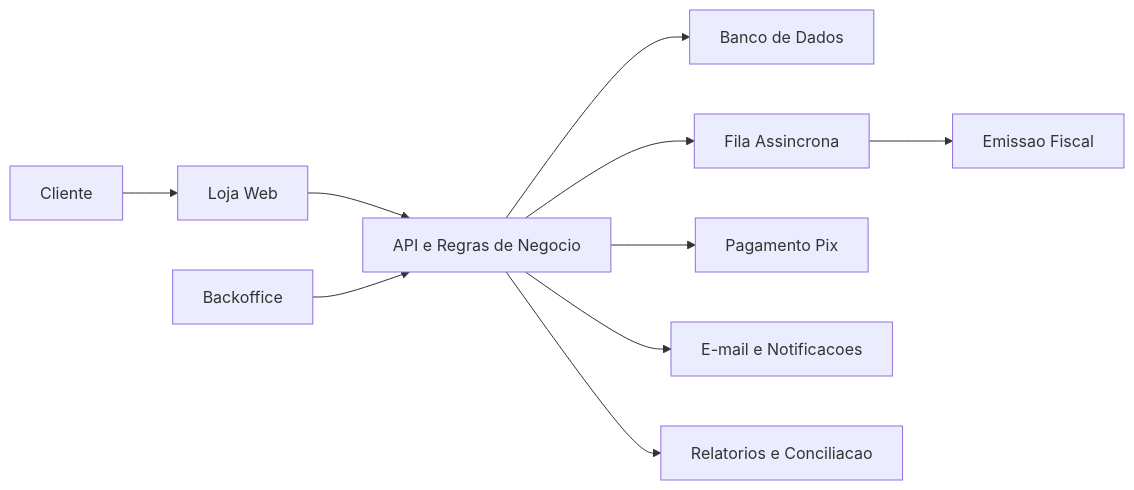
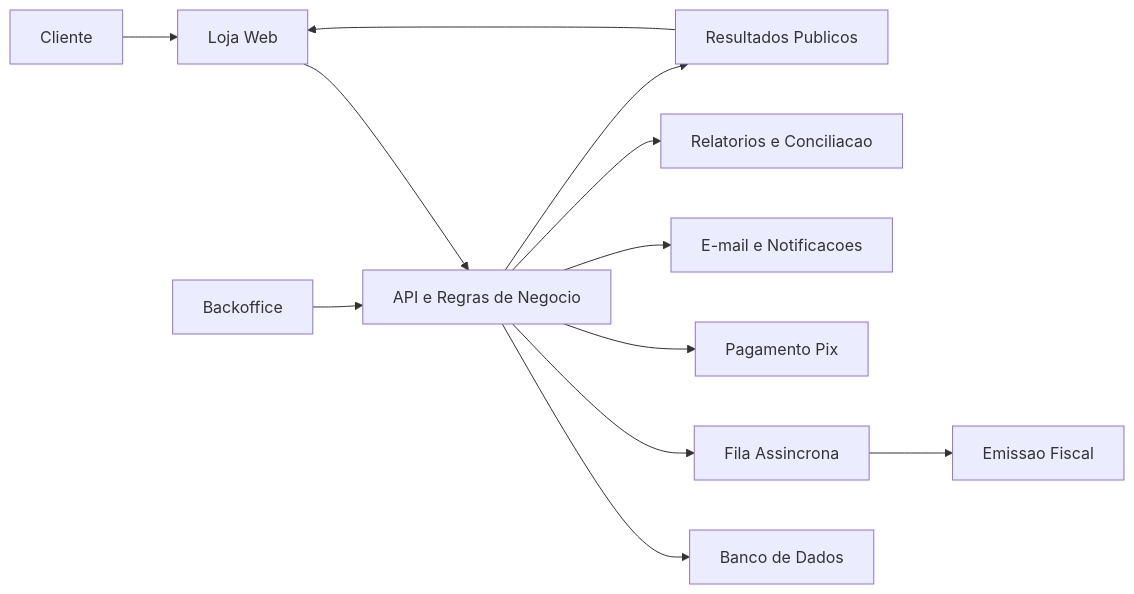
One commit to sorterama/sorterama-public-docs changed the diagram in arquitetura.md. Above: the diagram before and after it, drawn with Mermaid. The commit also changed other lines of this file and 3 other files, not shown here.

````diff
--- a/arquitetura.md
+++ b/arquitetura.md
@@ -106,23 +111,26 @@
-<div class="mermaid">
+```mermaid
 flowchart LR
     Cliente["Cliente"]
     Loja["Loja Web"]
     Backoffice["Backoffice"]
     Plataforma["API e Regras de Negocio"]
     Dados["Banco de Dados"]
     Fila["Fila Assincrona"]
     Pagamento["Pagamento Pix"]
     Fiscal["Emissao Fiscal"]
     Comunicacao["E-mail e Notificacoes"]
     Relatorios["Relatorios e Conciliacao"]
+    Resultados["Resultados Publicos"]
 
     Cliente --> Loja
     Loja --> Plataforma
     Backoffice --> Plataforma
     Plataforma --> Dados
     Plataforma --> Fila
     Plataforma --> Pagamento
     Fila --> Fiscal
     Plataforma --> Comunicacao
     Plataforma --> Relatorios
-</div>
+    Plataforma --> Resultados
+    Resultados --> Loja
+```
````
